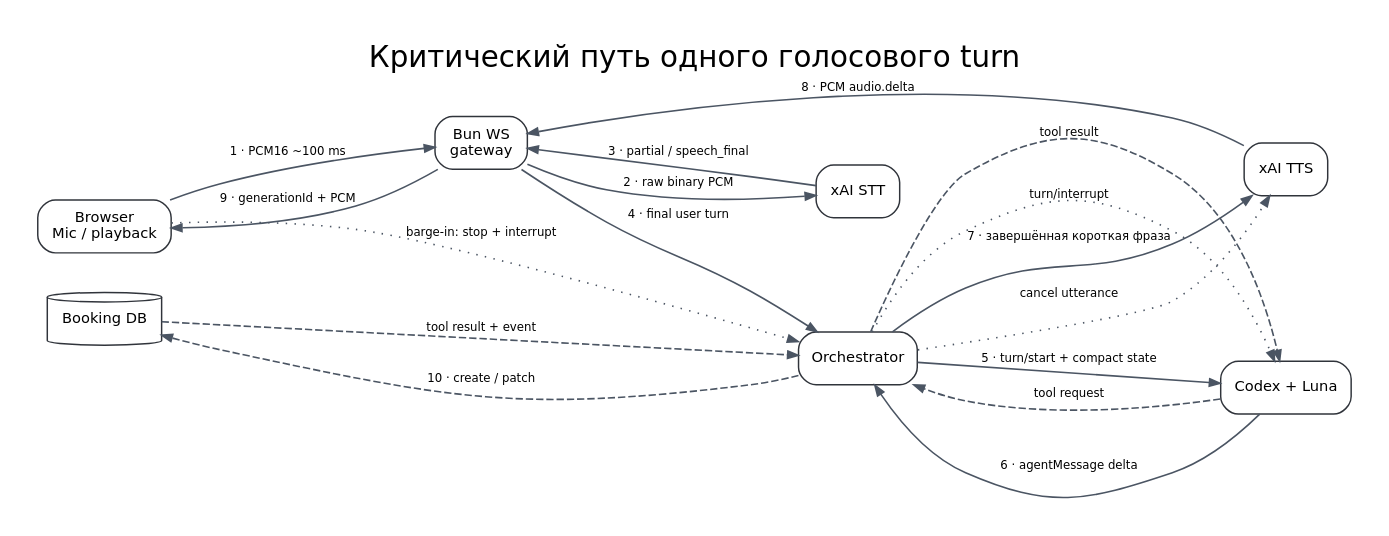
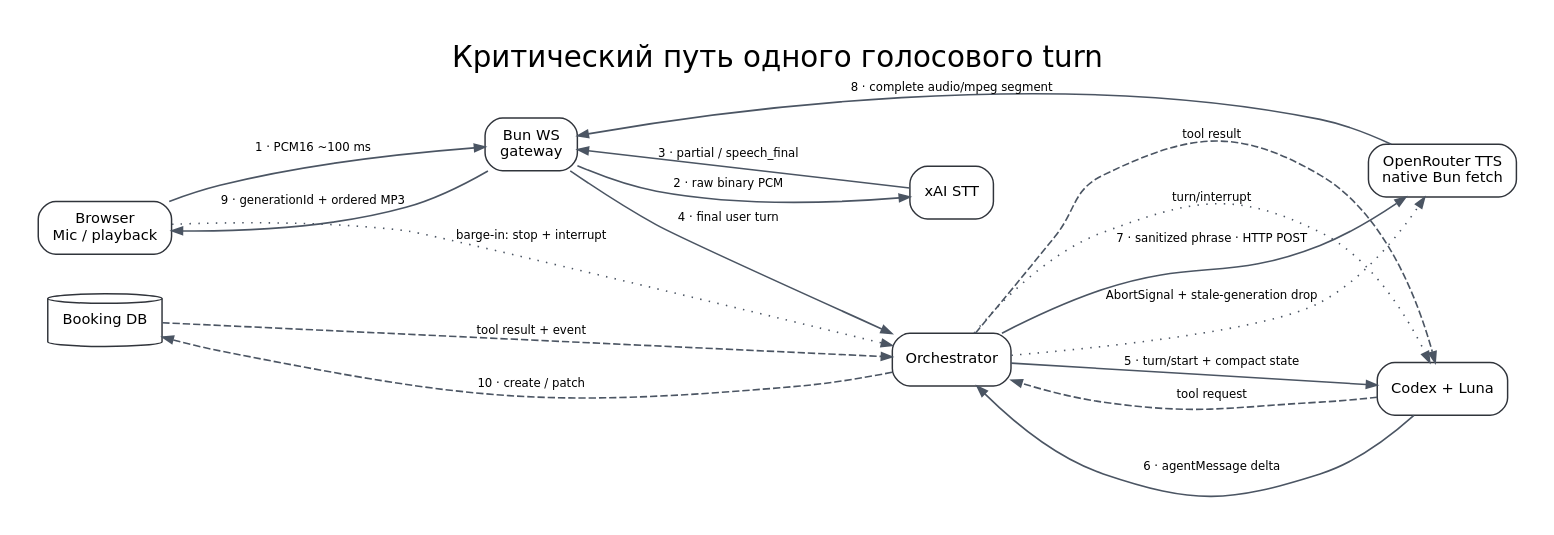
Before and after one commit to blockedby/botamin-voice: the diagram in diagrams/02-turn-sequence.dot, drawn with Graphviz. The commit also changed 45 other files, not shown here.

First line of the commit message:
docs: apply Correction 003 OpenRouter TTS migration (#3)

```diff
--- a/diagrams/02-turn-sequence.dot
+++ b/diagrams/02-turn-sequence.dot
@@ -1,32 +1,32 @@
 digraph G {
   graph [rankdir=LR, bgcolor="white", pad="0.25", nodesep="0.35", ranksep="0.9", fontname="DejaVu Sans", label="Критический путь одного голосового turn", labelloc=t, fontsize=20];
   node [shape=box, style="rounded,filled", fillcolor="white", color="#30343b", fontname="DejaVu Sans", fontsize=10, margin="0.14,0.09"];
   edge [color="#4b5563", penwidth=1.1, arrowsize=0.72, fontname="DejaVu Sans", fontsize=8];
 
   b [label="Browser\nMic / playback"];
   g [label="Bun WS\ngateway"];
   s [label="xAI STT"];
   o [label="Orchestrator"];
   l [label="Codex + Luna"];
   d [shape=cylinder, label="Booking DB"];
-  t [label="xAI TTS"];
+  t [label="OpenRouter TTS\nnative Bun fetch"];
 
   b -> g [label="1 · PCM16 ~100 ms", weight=3];
   g -> s [label="2 · raw binary PCM", weight=3];
   s -> g [label="3 · partial / speech_final", weight=3];
   g -> o [label="4 · final user turn", weight=3];
   o -> l [label="5 · turn/start + compact state", weight=3];
   l -> o [label="6 · agentMessage delta", weight=3];
-  o -> t [label="7 · завершённая короткая фраза", weight=3];
-  t -> g [label="8 · PCM audio.delta", weight=3];
-  g -> b [label="9 · generationId + PCM", weight=3];
+  o -> t [label="7 · sanitized phrase · HTTP POST", weight=3];
+  t -> g [label="8 · complete audio/mpeg segment", weight=3];
+  g -> b [label="9 · generationId + ordered MP3", weight=3];
 
   l -> o [label="tool request", style=dashed, constraint=false];
   o -> d [label="10 · create / patch", style=dashed, constraint=false];
   d -> o [label="tool result + event", style=dashed, constraint=false];
   o -> l [label="tool result", style=dashed, constraint=false];
 
   b -> o [label="barge-in: stop + interrupt", style=dotted, constraint=false];
   o -> l [label="turn/interrupt", style=dotted, constraint=false];
-  o -> t [label="cancel utterance", style=dotted, constraint=false];
+  o -> t [label="AbortSignal + stale-generation drop", style=dotted, constraint=false];
 }
```
